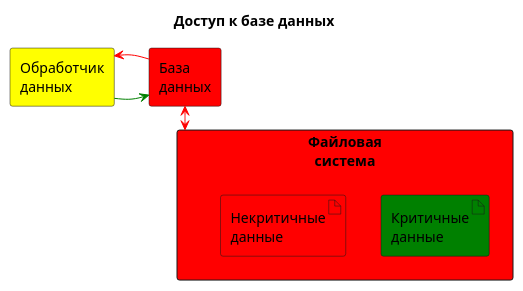
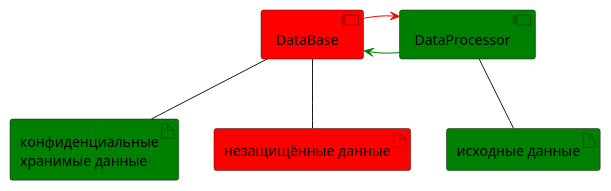
The diagram in diagrams/db-demo.puml (sergey-sobolev/cyberimmune-systems-basic-demo-notebook01), drawn with PlantUML before and after one commit. The commit also changed 2 other files, not shown here.

```diff
--- a/diagrams/db-demo.puml
+++ b/diagrams/db-demo.puml
@@ -1,16 +1,28 @@
-@startuml "architecture-policy"
+@startuml "Защита храненимых данных"
 
-title "Доступ к базе данных"
 
-rectangle "Файловая\nсистема" as filesys #red {
-    artifact "Критичные\nданные" as critical_artifacts #green
-    artifact "Некритичные\nданные" as other_artifacts #red
- }
-rectangle "База\nданных" as db #red
-rectangle "Обработчик\nданных" as dataproc #yellow
+artifact c #green as "
+исходные данные
+" 
 
-db <-[#red]-> filesys
-dataproc -[#green]> db
-dataproc <-[#red] db
+artifact confidentialStored #green as "
+конфиденциальные
+хранимые данные
+" 
+
+
+artifact u #red as "
+незащищённые данные
+" 
+
+component [DataBase] #red
+component [DataProcessor] #green
+
+[DataProcessor] -- c
+[DataBase] -- confidentialStored
+[DataBase] -- u
+
+[DataBase] <-[#green] [DataProcessor]
+[DataBase] -[#red]> [DataProcessor]
 
 @enduml
```
